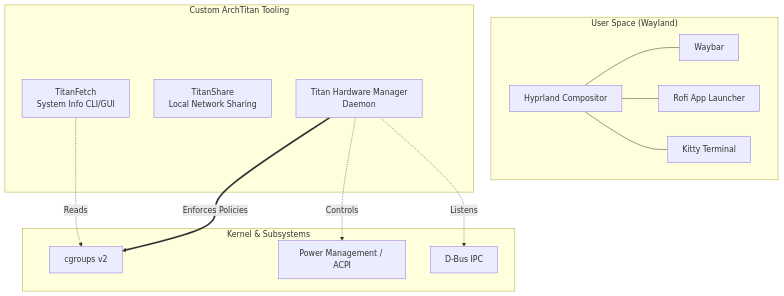
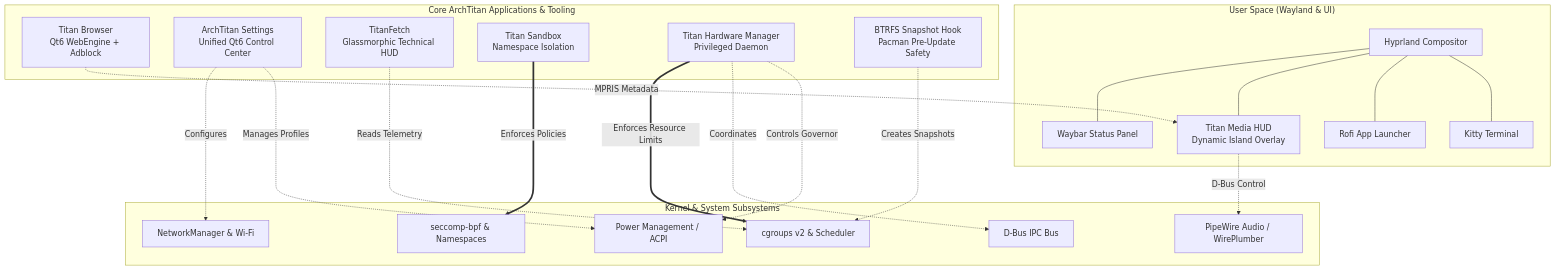
One commit to GitGuru29/archtitan-os changed the first of 3 diagrams in README.md. Above: the diagram before and after it, drawn with Mermaid. The commit also changed other lines of this file and 1 other file, not shown here.

````diff
--- a/README.md
+++ b/README.md
@@ -22,31 +30,46 @@
 ```mermaid
 graph TD
-    subgraph "User Space (Wayland)"
+    subgraph "User Space (Wayland & UI)"
         H[Hyprland Compositor]
-        W[Waybar]
+        W[Waybar Status Panel]
+        MH[Titan Media HUD<br>Dynamic Island Overlay]
         R[Rofi App Launcher]
         K[Kitty Terminal]
     end
 
-    subgraph "Custom ArchTitan Tooling"
-        TF[TitanFetch<br>System Info CLI/GUI]
-        TS[TitanShare<br>Local Network Sharing]
-        THM[Titan Hardware Manager<br>Daemon]
+    subgraph "Core ArchTitan Applications & Tooling"
+        TB[Titan Browser<br>Qt6 WebEngine + Adblock]
+        TS_APP[ArchTitan Settings<br>Unified Qt6 Control Center]
+        TF[TitanFetch<br>Glassmorphic Technical HUD]
+        TSD[Titan Sandbox<br>Namespace Isolation]
+        THM[Titan Hardware Manager<br>Privileged Daemon]
+        BTRFS[BTRFS Snapshot Hook<br>Pacman Pre-Update Safety]
     end
 
-    subgraph "Kernel & Subsystems"
-        CG[cgroups v2]
+    subgraph "Kernel & System Subsystems"
+        CG[cgroups v2 & Scheduler]
+        SEC[seccomp-bpf & Namespaces]
         PM[Power Management / ACPI]
-        DB[D-Bus IPC]
+        PW[PipeWire Audio / WirePlumber]
+        NM[NetworkManager & Wi-Fi]
+        DB[D-Bus IPC Bus]
     end
 
-    %% Relationships
+    %% User Space Connections
     H --- W
+    H --- MH
     H --- R
     H --- K
     
-    TF -.->|Reads| CG
-    THM ==>|Enforces Policies| CG
-    THM -.->|Listens| DB
-    THM -.->|Controls| PM
+    %% Tooling Interactions
+    TB -.->|MPRIS Metadata| MH
+    MH -.->|D-Bus Control| PW
+    TS_APP -.->|Configures| NM
+    TS_APP -.->|Manages Profiles| PM
+    TSD ==>|Enforces Policies| SEC
+    TF -.->|Reads Telemetry| CG
+    THM ==>|Enforces Resource Limits| CG
+    THM -.->|Coordinates| DB
+    THM -.->|Controls Governor| PM
+    BTRFS -.->|Creates Snapshots| CG
 ```
````
